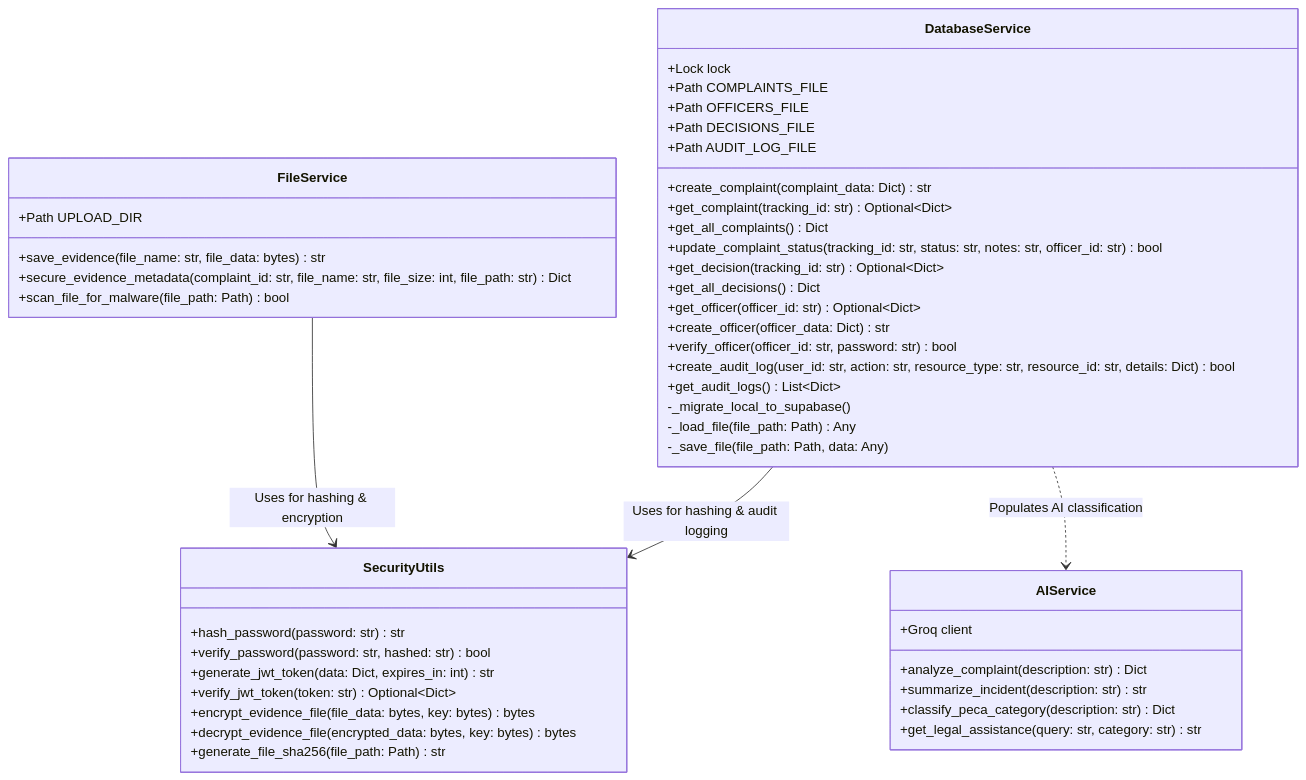
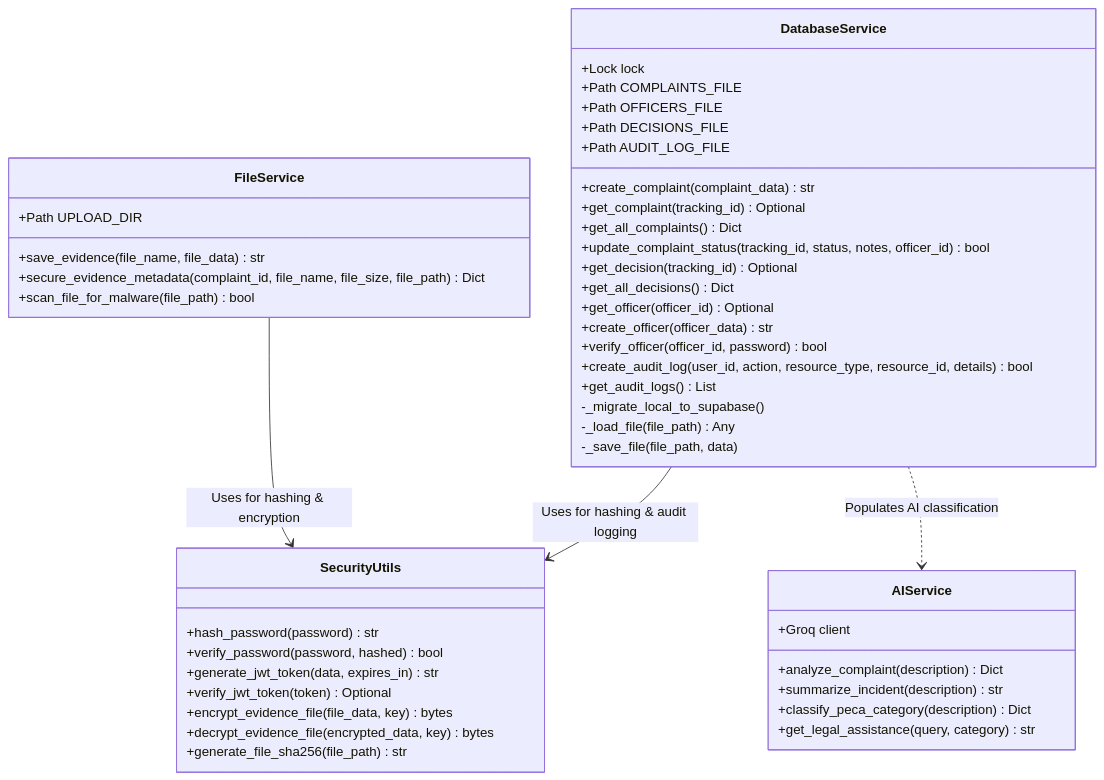
Before and after one commit to hamzaali-712/cyber-crime-reporting-system: the second of 17 diagrams in docs/diagrams.md, drawn with Mermaid. The commit also changed other lines of this file, not shown here.

Commit message:
Refactor method signatures for consistency

````diff
--- a/docs/diagrams.md
+++ b/docs/diagrams.md
@@ -79,53 +79,53 @@
 ```mermaid
 classDiagram
     class DatabaseService {
         +Lock lock
         +Path COMPLAINTS_FILE
         +Path OFFICERS_FILE
         +Path DECISIONS_FILE
         +Path AUDIT_LOG_FILE
-        +create_complaint(complaint_data: Dict) str
-        +get_complaint(tracking_id: str) Optional~Dict~
+        +create_complaint(complaint_data) str
+        +get_complaint(tracking_id) Optional
         +get_all_complaints() Dict
-        +update_complaint_status(tracking_id: str, status: str, notes: str, officer_id: str) bool
-        +get_decision(tracking_id: str) Optional~Dict~
+        +update_complaint_status(tracking_id, status, notes, officer_id) bool
+        +get_decision(tracking_id) Optional
         +get_all_decisions() Dict
-        +get_officer(officer_id: str) Optional~Dict~
-        +create_officer(officer_data: Dict) str
-        +verify_officer(officer_id: str, password: str) bool
-        +create_audit_log(user_id: str, action: str, resource_type: str, resource_id: str, details: Dict) bool
-        +get_audit_logs() List~Dict~
+        +get_officer(officer_id) Optional
+        +create_officer(officer_data) str
+        +verify_officer(officer_id, password) bool
+        +create_audit_log(user_id, action, resource_type, resource_id, details) bool
+        +get_audit_logs() List
         -_migrate_local_to_supabase()
-        -_load_file(file_path: Path) Any
-        -_save_file(file_path: Path, data: Any)
+        -_load_file(file_path) Any
+        -_save_file(file_path, data)
     }
 
     class SecurityUtils {
-        +hash_password(password: str) str
-        +verify_password(password: str, hashed: str) bool
-        +generate_jwt_token(data: Dict, expires_in: int) str
-        +verify_jwt_token(token: str) Optional~Dict~
-        +encrypt_evidence_file(file_data: bytes, key: bytes) bytes
-        +decrypt_evidence_file(encrypted_data: bytes, key: bytes) bytes
-        +generate_file_sha256(file_path: Path) str
+        +hash_password(password) str
+        +verify_password(password, hashed) bool
+        +generate_jwt_token(data, expires_in) str
+        +verify_jwt_token(token) Optional
+        +encrypt_evidence_file(file_data, key) bytes
+        +decrypt_evidence_file(encrypted_data, key) bytes
+        +generate_file_sha256(file_path) str
     }
 
     class AIService {
         +Groq client
-        +analyze_complaint(description: str) Dict
-        +summarize_incident(description: str) str
-        +classify_peca_category(description: str) Dict
-        +get_legal_assistance(query: str, category: str) str
+        +analyze_complaint(description) Dict
+        +summarize_incident(description) str
+        +classify_peca_category(description) Dict
+        +get_legal_assistance(query, category) str
     }
 
     class FileService {
         +Path UPLOAD_DIR
-        +save_evidence(file_name: str, file_data: bytes) str
-        +secure_evidence_metadata(complaint_id: str, file_name: str, file_size: int, file_path: str) Dict
-        +scan_file_for_malware(file_path: Path) bool
+        +save_evidence(file_name, file_data) str
+        +secure_evidence_metadata(complaint_id, file_name, file_size, file_path) Dict
+        +scan_file_for_malware(file_path) bool
     }
 
     DatabaseService --> SecurityUtils : Uses for hashing & audit logging
     FileService --> SecurityUtils : Uses for hashing & encryption
     DatabaseService ..> AIService : Populates AI classification
 ```
````
